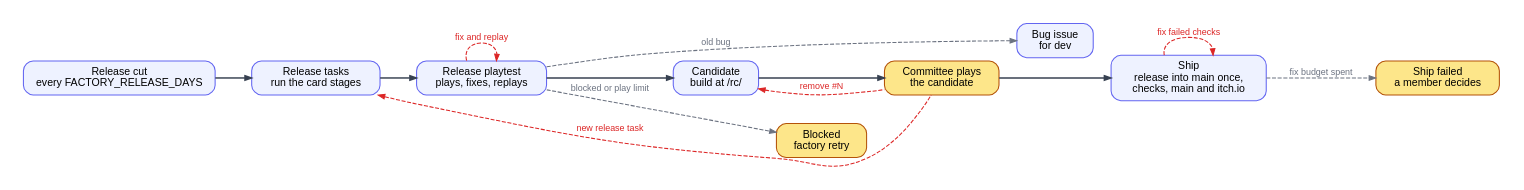
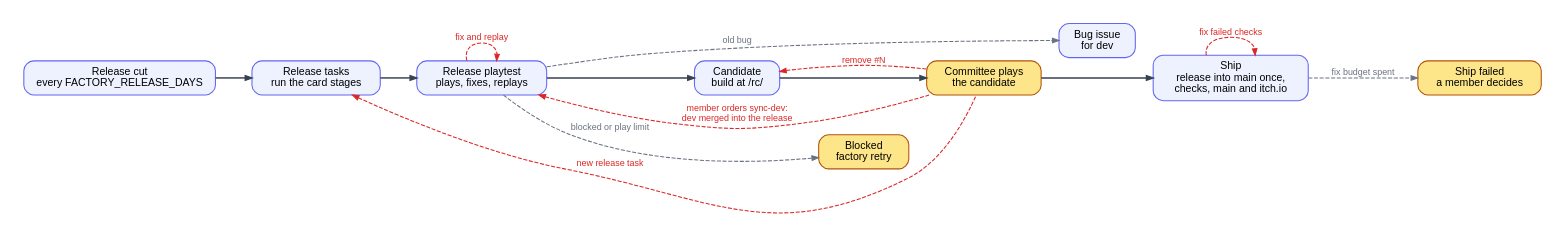
Before and after one commit to ROAM-game-org/road-machiners: the diagram in factory/docs/diagrams/release.dot, drawn with Graphviz. The commit also changed 20 other files, not shown here.

First line of the commit message:
A member's factory sync-dev merges GitHub's dev into the open release; the release playtest and candidate run again on the new head

```diff
--- a/factory/docs/diagrams/release.dot
+++ b/factory/docs/diagrams/release.dot
@@ -1,20 +1,21 @@
 // Release. Black: normal path. Red: loops back. Grey: stops the flow. Yellow: waits for people.
 digraph release {
   rankdir=LR; nodesep=0.3; ranksep=0.6; bgcolor=white; pad=0.3;
   node [shape=box, style="rounded,filled", fillcolor="#eef2ff", color="#6366f1", fontname="Helvetica", fontsize=13, margin="0.2,0.1", penwidth=1.3, width=1.3];
   edge [color="#374151", penwidth=1.8, arrowsize=0.8, fontname="Helvetica", fontsize=11];
   C [label="Release cut\nevery FACTORY_RELEASE_DAYS"]; T [label="Release tasks\nrun the card stages"]; G [label="Release playtest\nplays, fixes, replays"]; B [label="Candidate\nbuild at /rc/"];
   P [label="Committee plays\nthe candidate", fillcolor="#fde68a", color="#b45309"]; S [label="Ship\nrelease into main once,\nchecks, main and itch.io"];
   BL [label="Blocked\nfactory retry", fillcolor="#fde68a", color="#b45309"]; D [label="Bug issue\nfor dev"]; SB [label="Ship failed\na member decides", fillcolor="#fde68a", color="#b45309"];
   C -> T -> G -> B -> P -> S [weight=100];
   edge [color="#dc2626", fontcolor="#dc2626", style=dashed, penwidth=1.3, dir=back, weight=0];
   T -> P [label="new release task"];
+  G -> P [label="member orders sync-dev:\ndev merged into the release"];
   B -> P [label="remove #N"];
   edge [color="#dc2626", fontcolor="#dc2626", style=dashed, penwidth=1.3, dir=forward, weight=0];
   G -> G [label="fix and replay"];
   S -> S [label="fix failed checks"];
   edge [color="#6b7280", fontcolor="#6b7280", style=dashed, penwidth=1.3, dir=forward, weight=0];
   G -> BL [label="blocked or play limit"];
   G -> D [label="old bug"];
   S -> SB [label="fix budget spent"];
 }
```
